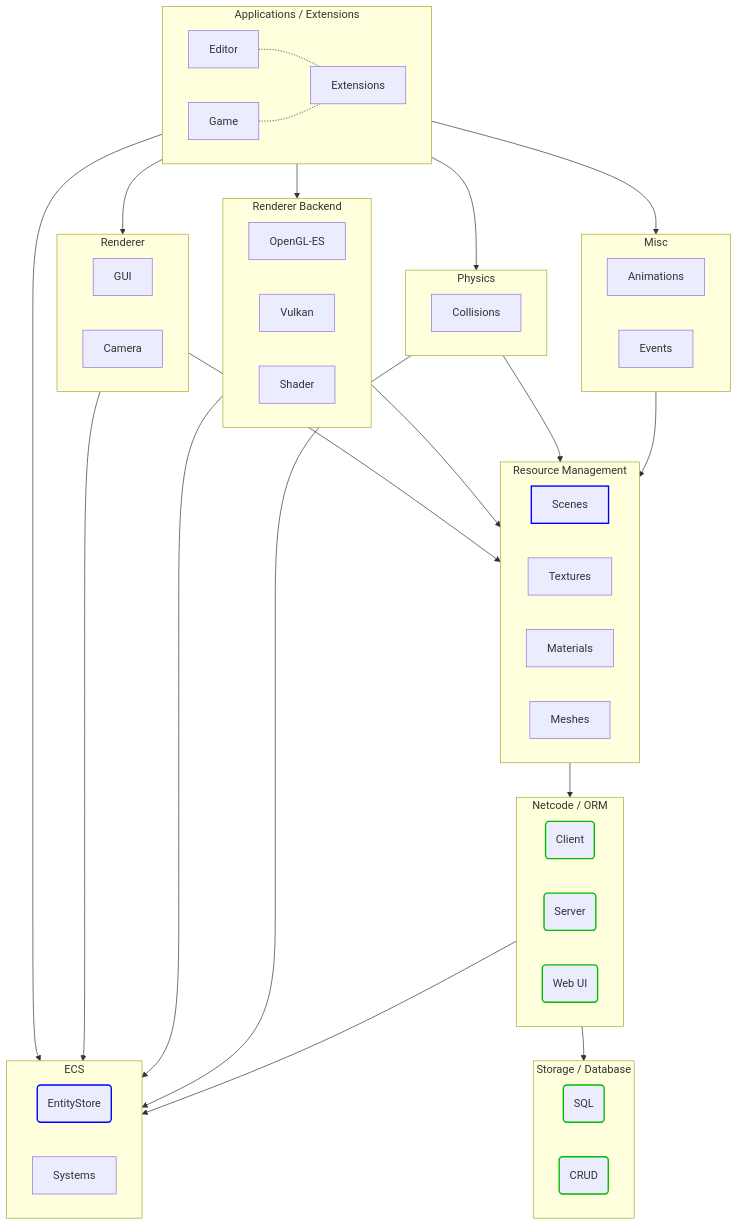
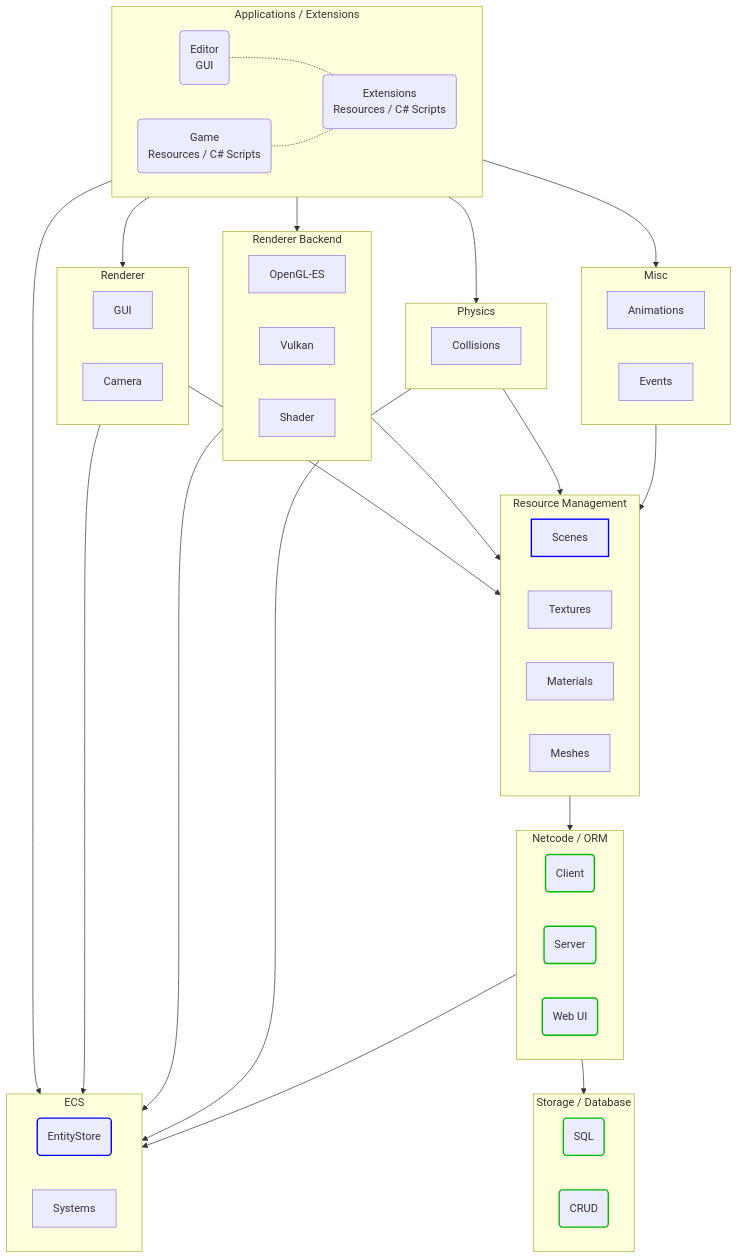
The first of 3 diagrams in Engine/README.md (friflo/Friflo.Json.Fliox), drawn with Mermaid before and after one commit.

Commit message:
Engine - update architecture diagram

````diff
--- a/Engine/README.md
+++ b/Engine/README.md
@@ -26,78 +26,78 @@
 ```mermaid
   graph TD;
     classDef finished       stroke:#0b0,stroke-width:2px;
     classDef implemented    stroke:#00f,stroke-width:2px;
 
     subgraph Applications[Applications / Extensions];
-        Editor;
-        Game;
-        Extensions;
+        Editor(Editor<br/>GUI);
+        Game(Game<br/>Resources / C# Scripts);
+        Extensions(Extensions<br/>Resources / C# Scripts);
     end
 
     Editor  -.-Extensions;
     Game    -.-Extensions;
 
     subgraph Renderer;
         GUI
         Camera
     end
 
     subgraph Backend[Renderer Backend];
         OpenGL-ES
         Vulkan
         Shader
     end
 
     subgraph Physics;
         Collisions
     end
     
     subgraph Misc;
         Animations
         Events
     end
 
     subgraph Resource[Resource Management];
         Scenes:::implemented
         Textures
         Materials
         Meshes
         Animations
     end
 
     subgraph Netcode[Netcode / ORM];
         Client(Client):::finished
         Server(Server):::finished
         WebUI(Web UI):::finished
     end
 
     subgraph Storage[Storage / Database];
         SQL(SQL):::finished
         CRUD(CRUD):::finished
     end
 
     subgraph ECS;
         EntityStore(EntityStore):::implemented
         Systems
     end
 
     Applications    -->Renderer
     Applications    -->Backend
     Applications    -->Physics
     Applications    -->Misc
     Applications    -->ECS
 
     Resource    -->Netcode
 
     Renderer    -->Resource
     Backend     -->Resource
     Physics     -->Resource
     Misc        -->Resource
 
     Renderer    -->ECS
     Backend     -->ECS
     Physics     -->ECS
     Netcode     -->ECS
 
     Netcode     -->Storage
 ```
````
